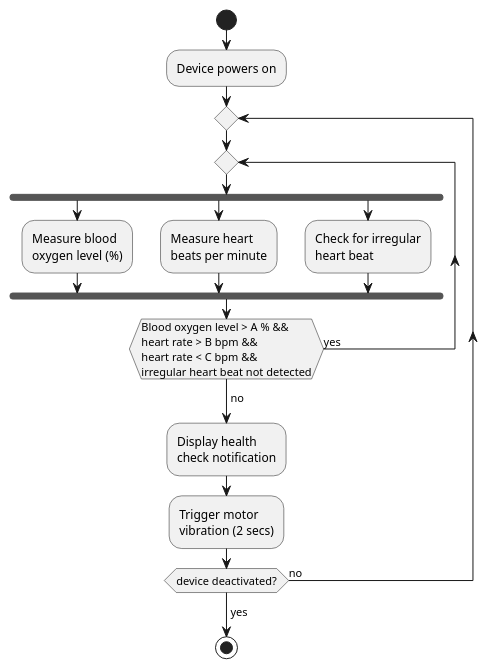
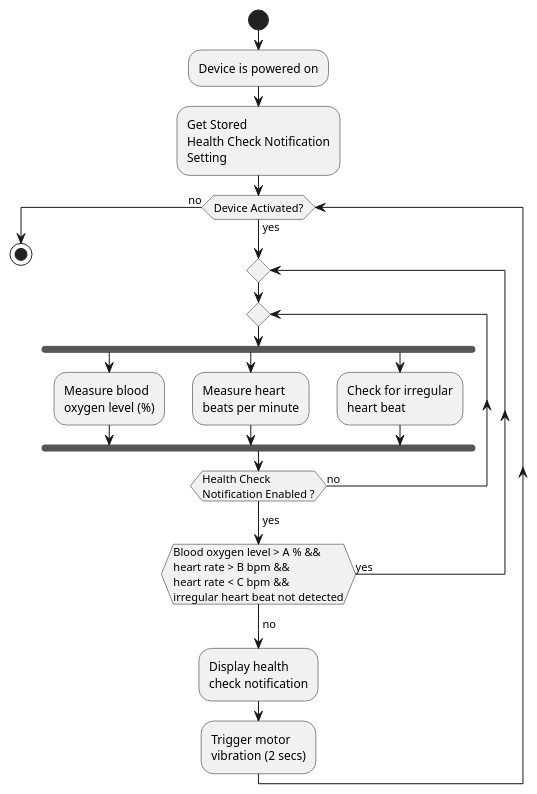
One commit to markroche92/sw-eng-smart-watch changed the diagram in uml/activity_diagrams/health_check_activity.plantuml. Above: the diagram before and after it, drawn with PlantUML. The commit also changed 1 other file, not shown here.

```diff
--- a/uml/activity_diagrams/health_check_activity.plantuml
+++ b/uml/activity_diagrams/health_check_activity.plantuml
@@ -1,31 +1,29 @@
 @startuml
 
 skinparam shadowing false
 
 start
 
-:Device powers on;
+:Device is powered on;
 
-repeat 
+:Get Stored\nHealth Check Notification\nSetting;
 
-repeat 
-
-fork
-    :Measure blood\noxygen level (%);
-fork again
-    :Measure heart\nbeats per minute;
-fork again
-    :Check for irregular\nheart beat;
-end fork
-
-repeat while (Blood oxygen level > A % &&\nheart rate > B bpm &&\nheart rate < C bpm &&\nirregular heart beat not detected) is (yes)
--> no;
-
-:Display health\ncheck notification;
-:Trigger motor\nvibration (2 secs);
-
-repeat while (device deactivated?) is (no)
--> yes;
-
+while (Device Activated?) is (yes)
+    repeat
+        repeat
+            fork
+                :Measure blood\noxygen level (%);
+            fork again
+                :Measure heart\nbeats per minute;
+            fork again
+                :Check for irregular\nheart beat;
+            end fork
+        repeat while (Health Check\nNotification Enabled ?) is (no) 
+        -> yes;
+    repeat while (Blood oxygen level > A % &&\nheart rate > B bpm &&\nheart rate < C bpm &&\nirregular heart beat not detected) is (yes)
+    -> no;
+    :Display health\ncheck notification;
+    :Trigger motor\nvibration (2 secs);
+endwhile (no)
 stop
 @enduml
```
